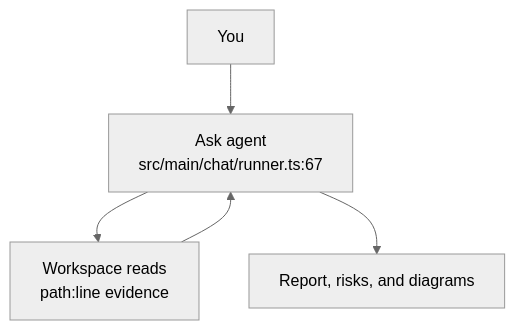
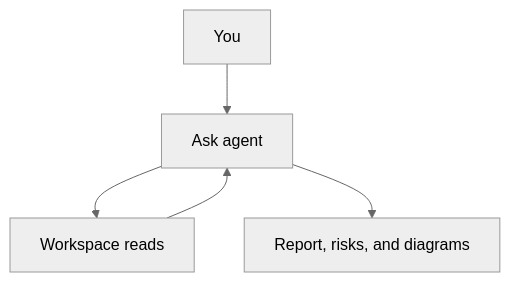
The diagram in docs/guide/understand-a-codebase.md (rajashekar7339/fid-coder-app), drawn with Mermaid (neutral theme) before and after one commit. The commit also changed other lines of this file and 24 other files, not shown here.

First line of the commit message:
Let the agent discover installed skills and keep diagrams clean.

````diff
--- a/docs/guide/understand-a-codebase.md
+++ b/docs/guide/understand-a-codebase.md
@@ -45,7 +45,7 @@
 ```mermaid
 flowchart TD
-  U["You"] --> A["Ask agent<br/>src/main/chat/runner.ts:67"]
-  A --> W["Workspace reads<br/>path:line evidence"]
+  U["You"] --> A["Ask agent"]
+  A --> W["Workspace reads"]
   A --> R["Report, risks, and diagrams"]
   W --> A
 ```
````
